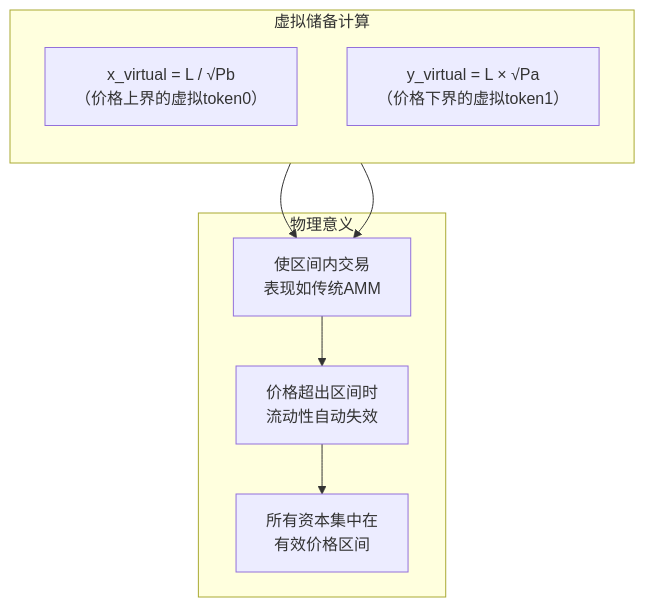
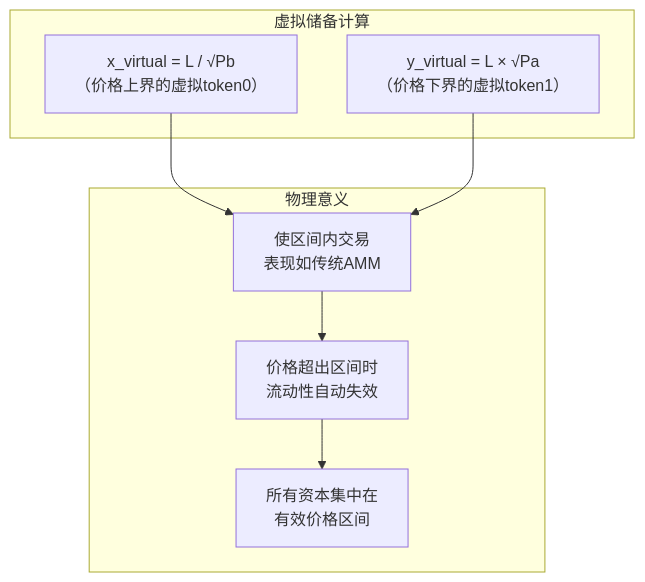
Before and after one commit to blockchainGuide/blockchainguide: the fifth of 12 diagrams in DApp_Development/应用场景/defi/uniswap/v3/01-概述与集中流动性.md, drawn with Mermaid. The commit also changed 14 other files, not shown here.

````diff
--- a/DApp_Development/应用场景/defi/uniswap/v3/01-概述与集中流动性.md
+++ b/DApp_Development/应用场景/defi/uniswap/v3/01-概述与集中流动性.md
@@ -156,19 +156,18 @@
 ```mermaid
 flowchart TB
-    subgraph 虚拟储备计算
-        direction TB
+    subgraph 虚拟储备计算["虚拟储备计算"]
         XV["x_virtual = L / √Pb<br/>（价格上界的虚拟token0）"]
         YV["y_virtual = L × √Pa<br/>（价格下界的虚拟token1）"]
     end
 
     subgraph 物理意义
         M1["使区间内交易<br/>表现如传统AMM"]
         M2["价格超出区间时<br/>流动性自动失效"]
         M3["所有资本集中在<br/>有效价格区间"]
     end
 
     XV --> M1
     YV --> M1
     M1 --> M2
     M2 --> M3
 ```
````
